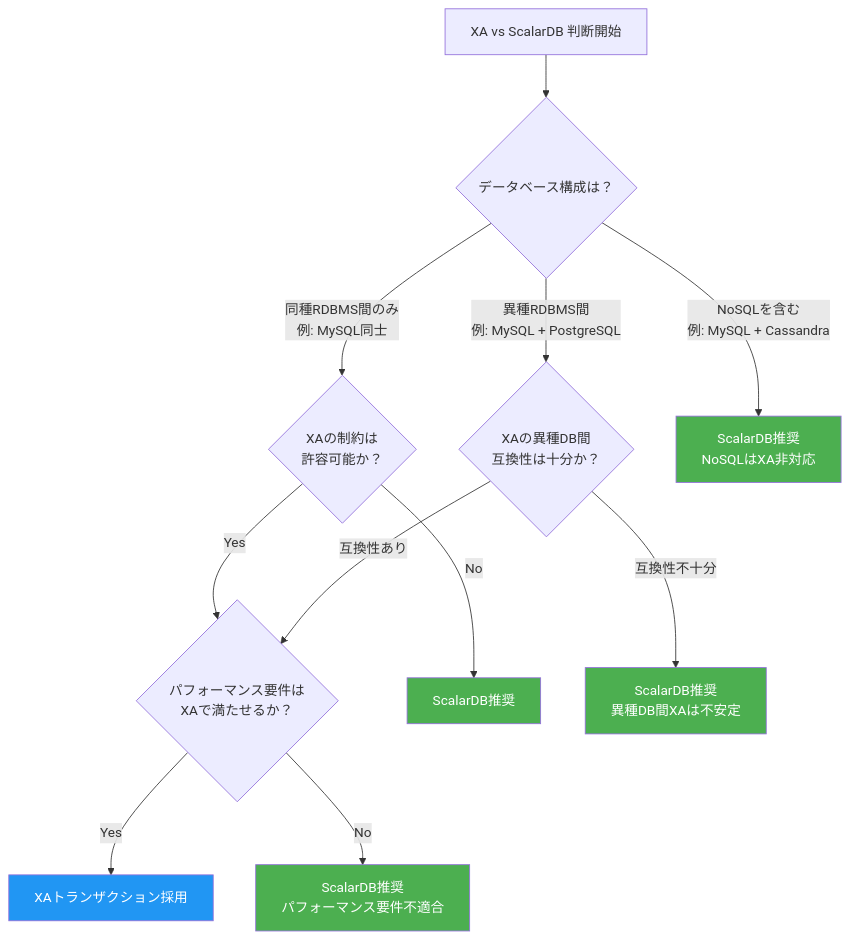
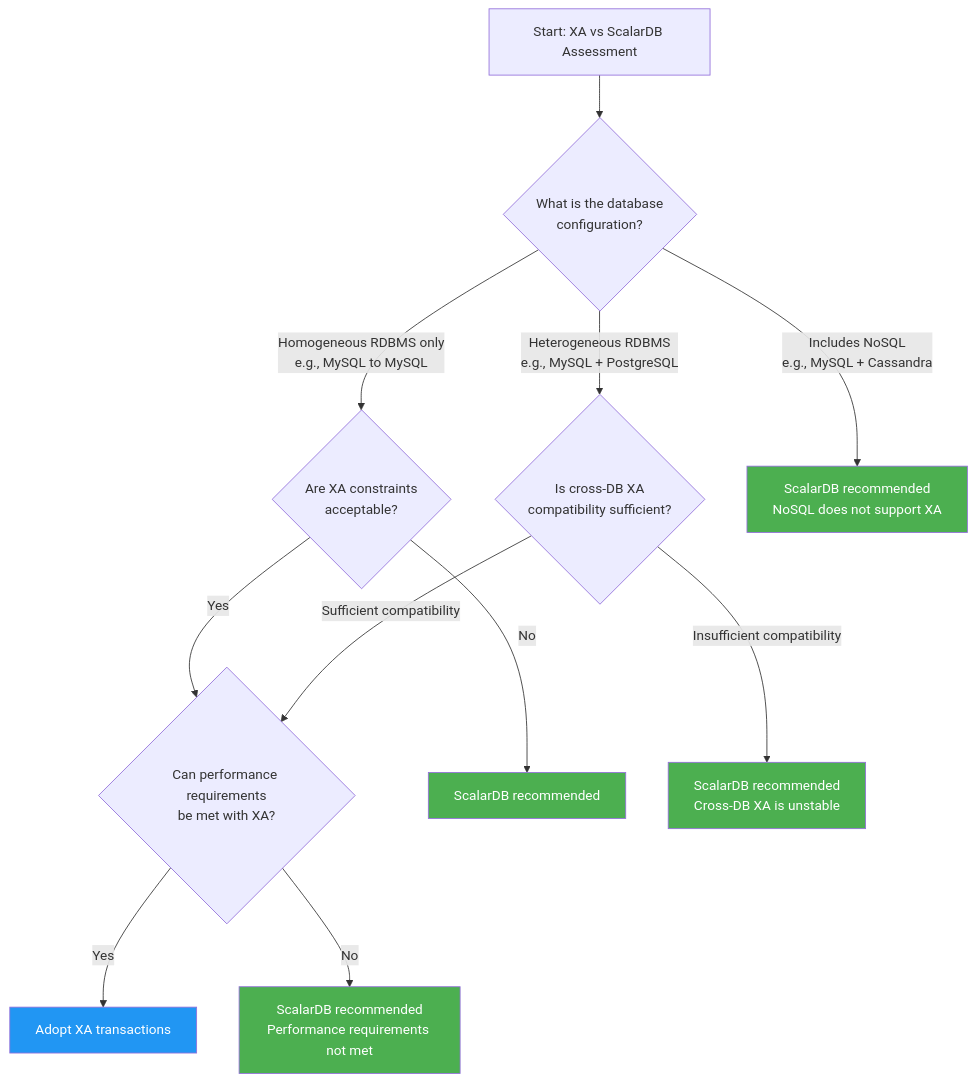
The second of 2 diagrams in workflow/greenfield/01_requirements_analysis.md (wfukatsu/nexus-architect), drawn with Mermaid before and after one commit. The commit also changed other lines of this file and 2 other files, not shown here.

````diff
--- a/workflow/greenfield/01_requirements_analysis.md
+++ b/workflow/greenfield/01_requirements_analysis.md
@@ -141,23 +141,23 @@
 ```mermaid
 flowchart TD
-    START[XA vs ScalarDB 判断開始] --> Q1{データベース構成は？}
+    START["Start: XA vs ScalarDB Assessment"] --> Q1{"What is the database<br/>configuration?"}
 
-    Q1 -->|同種RDBMS間のみ<br/>例: MySQL同士| Q2{XAの制約は<br/>許容可能か？}
-    Q1 -->|異種RDBMS間<br/>例: MySQL + PostgreSQL| Q3{XAの異種DB間<br/>互換性は十分か？}
-    Q1 -->|NoSQLを含む<br/>例: MySQL + Cassandra| SCALAR1[ScalarDB推奨<br/>NoSQLはXA非対応]
+    Q1 -->|"Homogeneous RDBMS only<br/>e.g., MySQL to MySQL"| Q2{"Are XA constraints<br/>acceptable?"}
+    Q1 -->|"Heterogeneous RDBMS<br/>e.g., MySQL + PostgreSQL"| Q3{"Is cross-DB XA<br/>compatibility sufficient?"}
+    Q1 -->|"Includes NoSQL<br/>e.g., MySQL + Cassandra"| SCALAR1["ScalarDB recommended<br/>NoSQL does not support XA"]
 
-    Q2 -->|Yes| Q4{パフォーマンス要件は<br/>XAで満たせるか？}
-    Q2 -->|No| SCALAR2[ScalarDB推奨]
+    Q2 -->|Yes| Q4{"Can performance requirements<br/>be met with XA?"}
+    Q2 -->|No| SCALAR2["ScalarDB recommended"]
 
-    Q3 -->|互換性あり| Q4
-    Q3 -->|互換性不十分| SCALAR3[ScalarDB推奨<br/>異種DB間XAは不安定]
+    Q3 -->|"Sufficient compatibility"| Q4
+    Q3 -->|"Insufficient compatibility"| SCALAR3["ScalarDB recommended<br/>Cross-DB XA is unstable"]
 
-    Q4 -->|Yes| XA[XAトランザクション採用]
-    Q4 -->|No| SCALAR4[ScalarDB推奨<br/>パフォーマンス要件不適合]
+    Q4 -->|Yes| XA["Adopt XA transactions"]
+    Q4 -->|No| SCALAR4["ScalarDB recommended<br/>Performance requirements not met"]
 
     style SCALAR1 fill:#4CAF50,color:#fff
     style SCALAR2 fill:#4CAF50,color:#fff
     style SCALAR3 fill:#4CAF50,color:#fff
     style SCALAR4 fill:#4CAF50,color:#fff
     style XA fill:#2196F3,color:#fff
 ```
````
